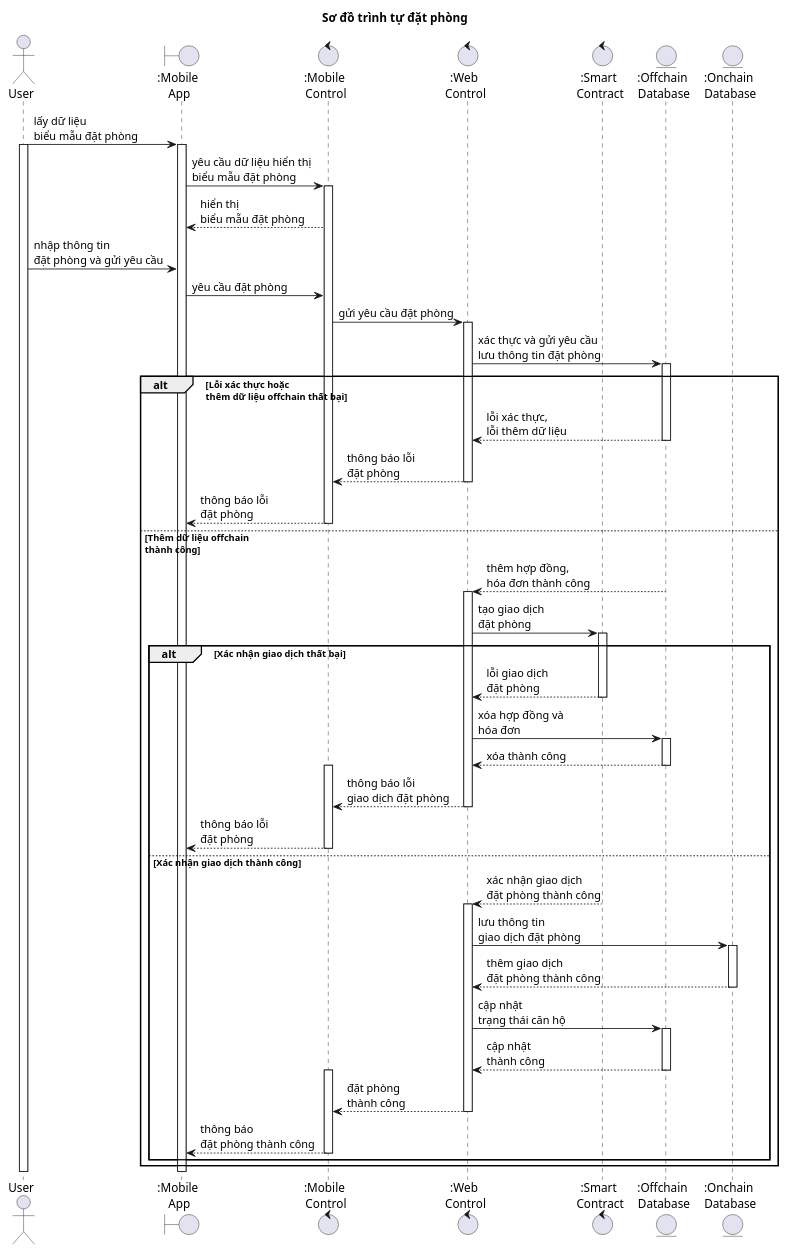
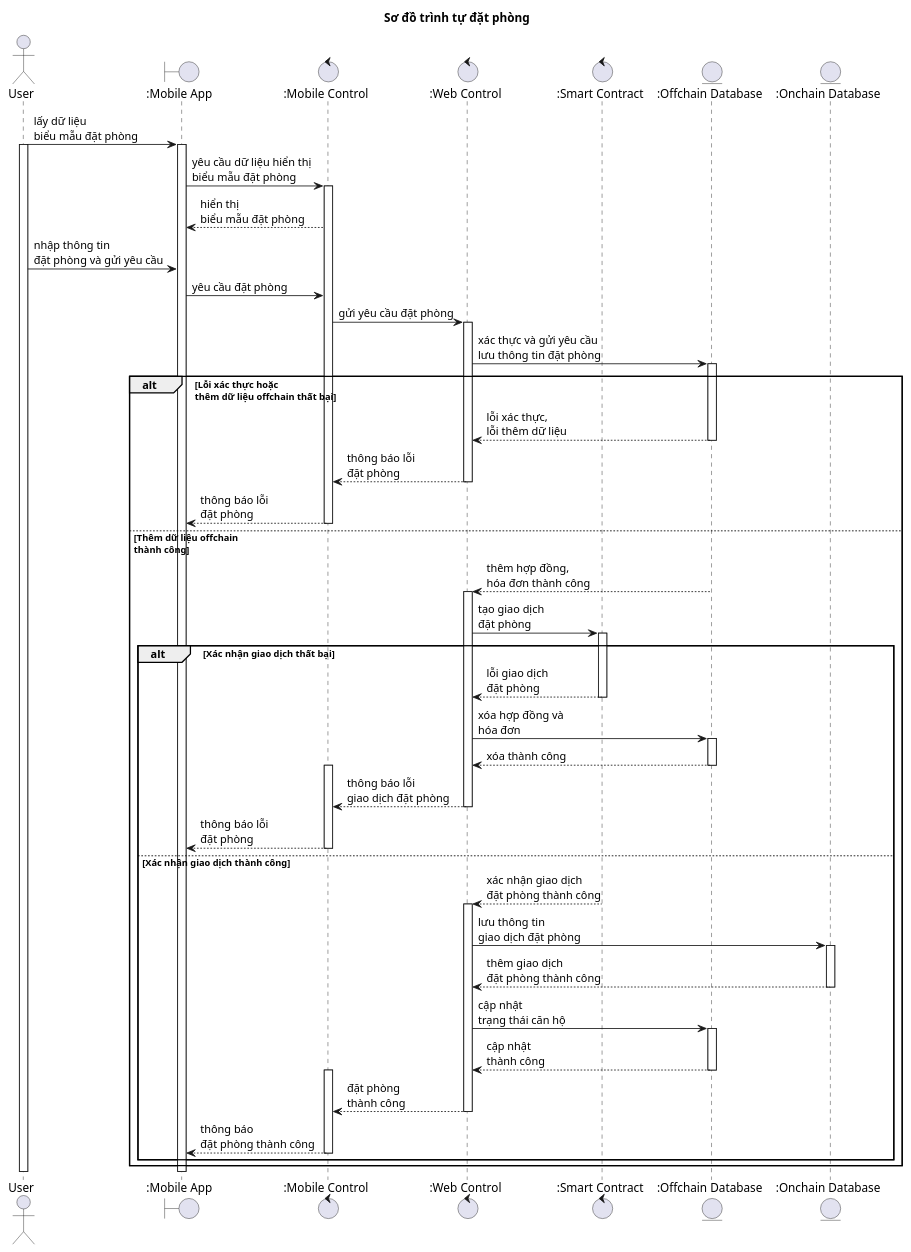
Before and after one commit to nho-moi-so/quan-ly-tim-kiem-phong-tro: the diagram in diagrams/sequences/guest/datphong.puml, drawn with PlantUML. The commit also changed 19 other files, not shown here.

Commit message:
feat: initialize architecture diagrams and implement owner profile and feature structures

```diff
--- a/diagrams/sequences/guest/datphong.puml
+++ b/diagrams/sequences/guest/datphong.puml
@@ -1,81 +1,81 @@
 @startuml datphong-sequence-diagram
 title "Sơ đồ trình tự đặt phòng"
 actor User as User
-boundary ":Mobile \nApp" as MobileApp
-control ":Mobile \nControl" as MobileControl
-control ":Web \nControl" as WebControl
-control ":Smart \nContract" as SmartContract
-entity ":Offchain \nDatabase" as OffchainDatabase
-entity ":Onchain \nDatabase" as OnchainDatabase
+boundary ":Mobile App" as MobileApp
+control ":Mobile Control" as MobileControl
+control ":Web Control" as WebControl
+control ":Smart Contract" as SmartContract
+entity ":Offchain Database" as OffchainDatabase
+entity ":Onchain Database" as OnchainDatabase
 
 User -> MobileApp: lấy dữ liệu \nbiểu mẫu đặt phòng
 activate User
 activate MobileApp
 MobileApp -> MobileControl: yêu cầu dữ liệu hiển thị \nbiểu mẫu đặt phòng
 activate MobileControl
 MobileControl --> MobileApp: hiển thị \nbiểu mẫu đặt phòng
 
 User -> MobileApp: nhập thông tin \nđặt phòng và gửi yêu cầu
 MobileApp -> MobileControl: yêu cầu đặt phòng
 MobileControl -> WebControl: gửi yêu cầu đặt phòng
 activate WebControl
 WebControl -> OffchainDatabase: xác thực và gửi yêu cầu \nlưu thông tin đặt phòng
 activate OffchainDatabase
 
 alt Lỗi xác thực hoặc \nthêm dữ liệu offchain thất bại
     OffchainDatabase --> WebControl: lỗi xác thực, \nlỗi thêm dữ liệu
     deactivate OffchainDatabase
     WebControl --> MobileControl: thông báo lỗi \nđặt phòng
     deactivate WebControl
     MobileControl --> MobileApp: thông báo lỗi \nđặt phòng
     deactivate MobileControl
 else Thêm dữ liệu offchain \nthành công
     OffchainDatabase --> WebControl: thêm hợp đồng, \nhóa đơn thành công
     deactivate OffchainDatabase
     
     activate WebControl
     WebControl -> SmartContract: tạo giao dịch \nđặt phòng
     activate SmartContract
     alt Xác nhận giao dịch thất bại
         SmartContract --> WebControl: lỗi giao dịch \nđặt phòng
         deactivate SmartContract
         
         WebControl -> OffchainDatabase: xóa hợp đồng và \nhóa đơn
         activate OffchainDatabase
         OffchainDatabase --> WebControl: xóa thành công
         deactivate OffchainDatabase
 
         activate MobileControl
         WebControl --> MobileControl: thông báo lỗi \ngiao dịch đặt phòng
         deactivate WebControl
         MobileControl --> MobileApp: thông báo lỗi \nđặt phòng
         deactivate MobileControl
     else Xác nhận giao dịch thành công
         SmartContract --> WebControl: xác nhận giao dịch \nđặt phòng thành công
         deactivate SmartContract
         activate WebControl
         
         WebControl -> OnchainDatabase: lưu thông tin \ngiao dịch đặt phòng
         activate OnchainDatabase
         OnchainDatabase --> WebControl: thêm giao dịch \nđặt phòng thành công
         deactivate OnchainDatabase
         
         WebControl -> OffchainDatabase: cập nhật \ntrạng thái căn hộ
         activate OffchainDatabase
         OffchainDatabase --> WebControl: cập nhật \nthành công
         deactivate OffchainDatabase
 
         activate MobileControl
         WebControl --> MobileControl: đặt phòng \nthành công
         deactivate WebControl
         MobileControl --> MobileApp: thông báo \nđặt phòng thành công
         deactivate MobileControl
     end
 end
 
 deactivate WebControl
 deactivate MobileControl
 deactivate MobileApp
 deactivate User
 
 @enduml
```
